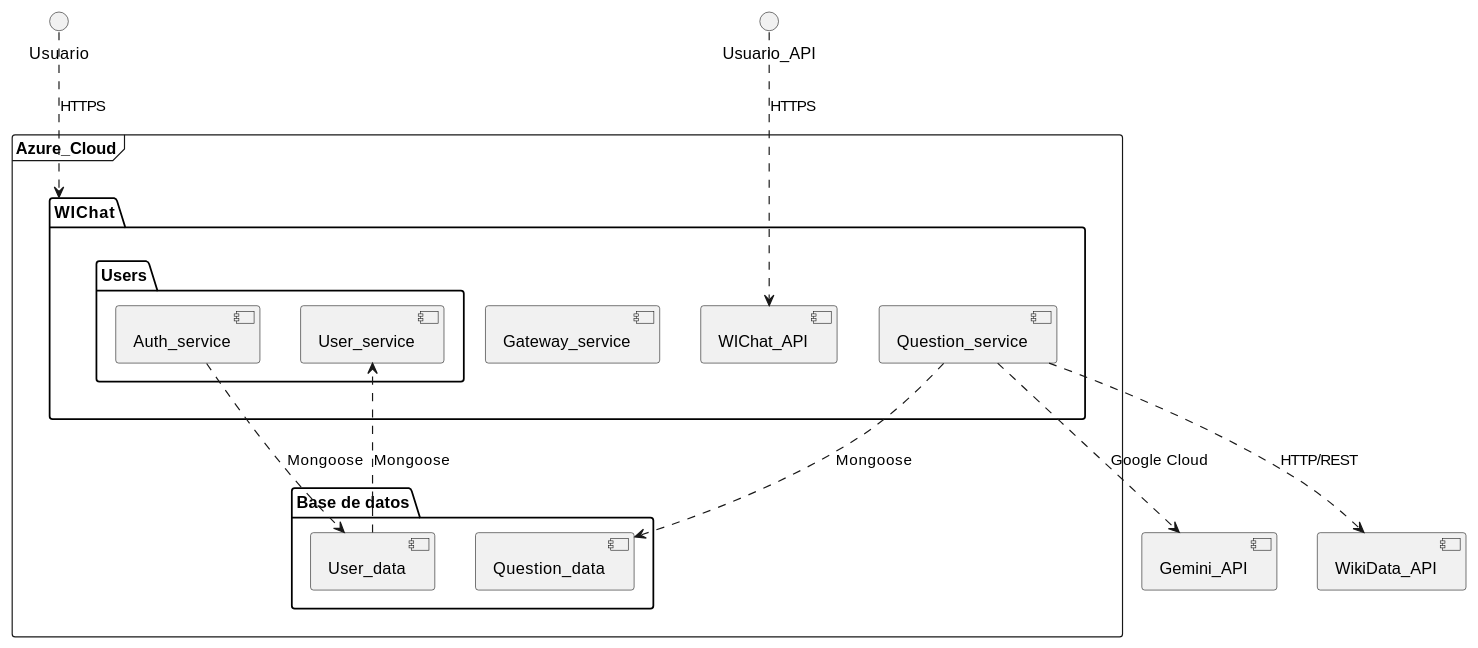
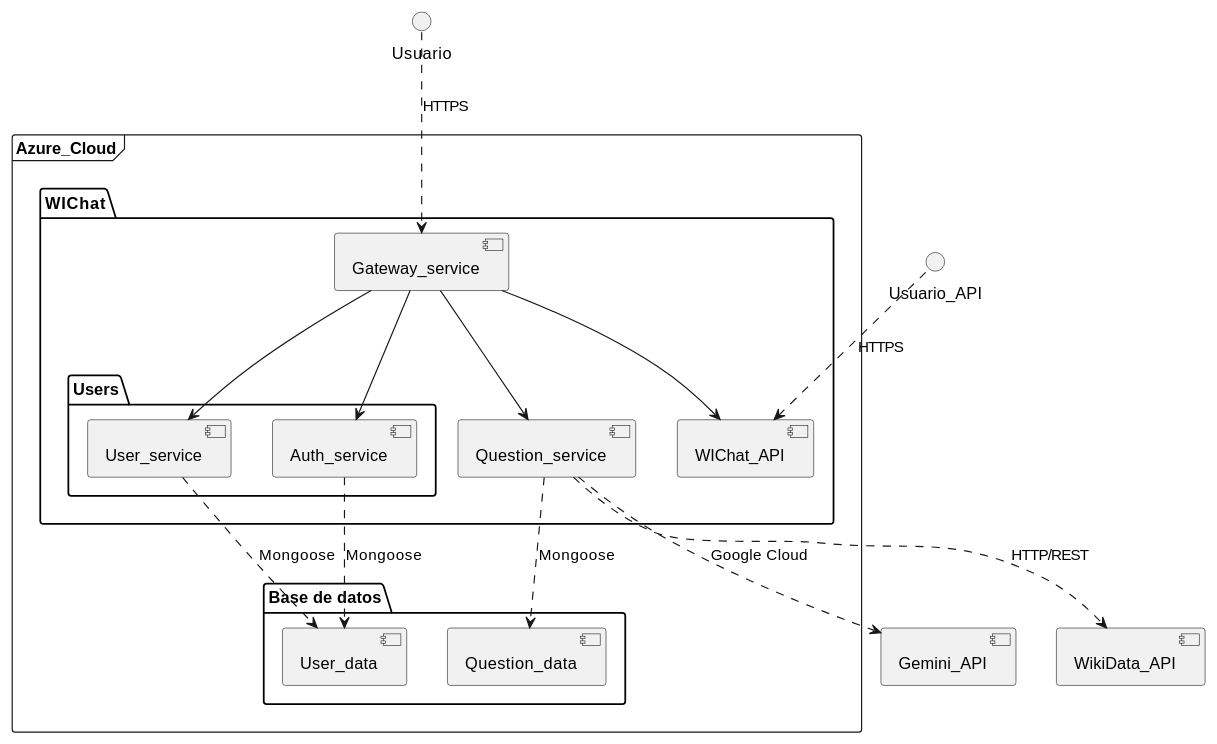
Before and after one commit to Arquisoft/wichat_es5a: the second of 2 diagrams in docs/src/03_context_and_scope.adoc, drawn with PlantUML.

Commit message:
Arreglado el diagrama técnico

```diff
--- a/docs/src/03_context_and_scope.adoc
+++ b/docs/src/03_context_and_scope.adoc
@@ -110,29 +110,33 @@
 [plantuml, "Contexto técnico WIChat", png]
 ----
 frame "Azure_Cloud" {
     package "WIChat" {
          [WIChat_API]
          [Gateway_service]
          [Question_service]
          package "Users" {
               [Auth_service]
               [User_service]
          }
     }
     package "Base de datos" {
         [User_data]
         [Question_data]
     }
 }
 [WikiData_API]
 [Gemini_API]
 () "Usuario"
 () "Usuario_API"
-Usuario ..> WIChat : HTTPS
+Usuario ..> Gateway_service : HTTPS
+Gateway_service --> Question_service
+Gateway_service --> Auth_service
+Gateway_service --> User_service
+Gateway_service --> WIChat_API
 Question_service ..> WikiData_API : HTTP/REST
 Question_service ..> Gemini_API : Google Cloud
 Auth_service ..> User_data : Mongoose
-User_data ..> User_service : Mongoose
+User_service ..> User_data  : Mongoose
 Question_service ..> Question_data : Mongoose
 Usuario_API ..> WIChat_API : HTTPS
 ----
```
